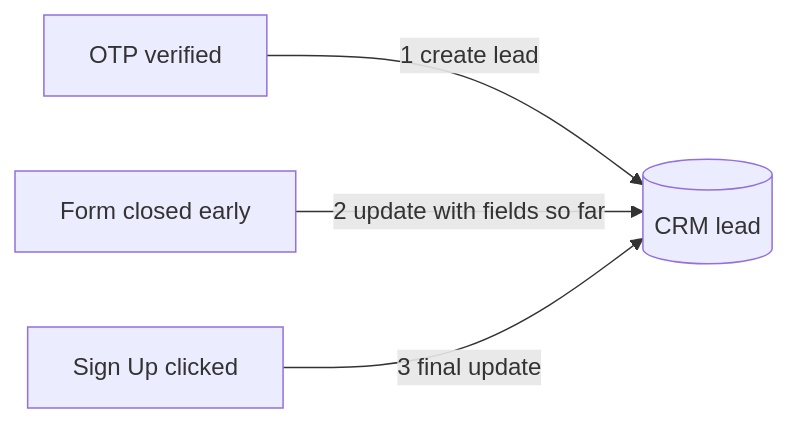
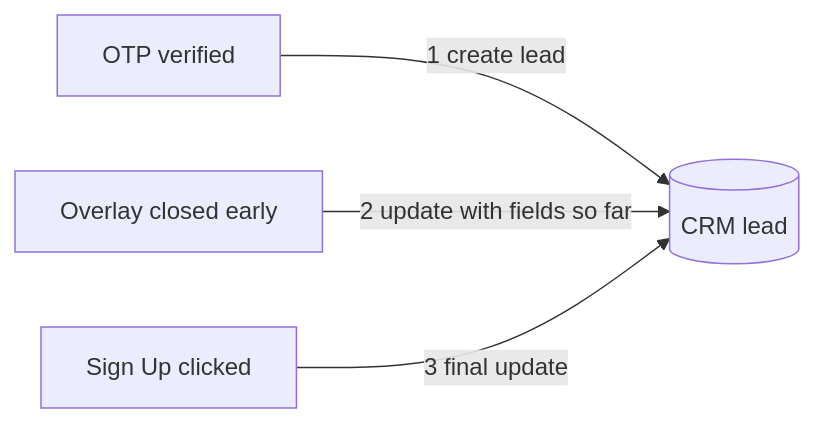
The second of 3 diagrams in docs/PRD.md (abhinavthak/dypatil-lead-form), drawn with Mermaid before and after one commit. The commit also changed other lines of this file and 11 other files, not shown here.

````diff
--- a/docs/PRD.md
+++ b/docs/PRD.md
@@ -139,6 +139,6 @@
 ```mermaid
 flowchart LR
     A[OTP verified] -->|1 create lead| CRM[(CRM lead)]
-    B[Form closed early] -->|2 update with fields so far| CRM
+    B[Overlay closed early] -->|2 update with fields so far| CRM
     C[Sign Up clicked] -->|3 final update| CRM
 ```
````
